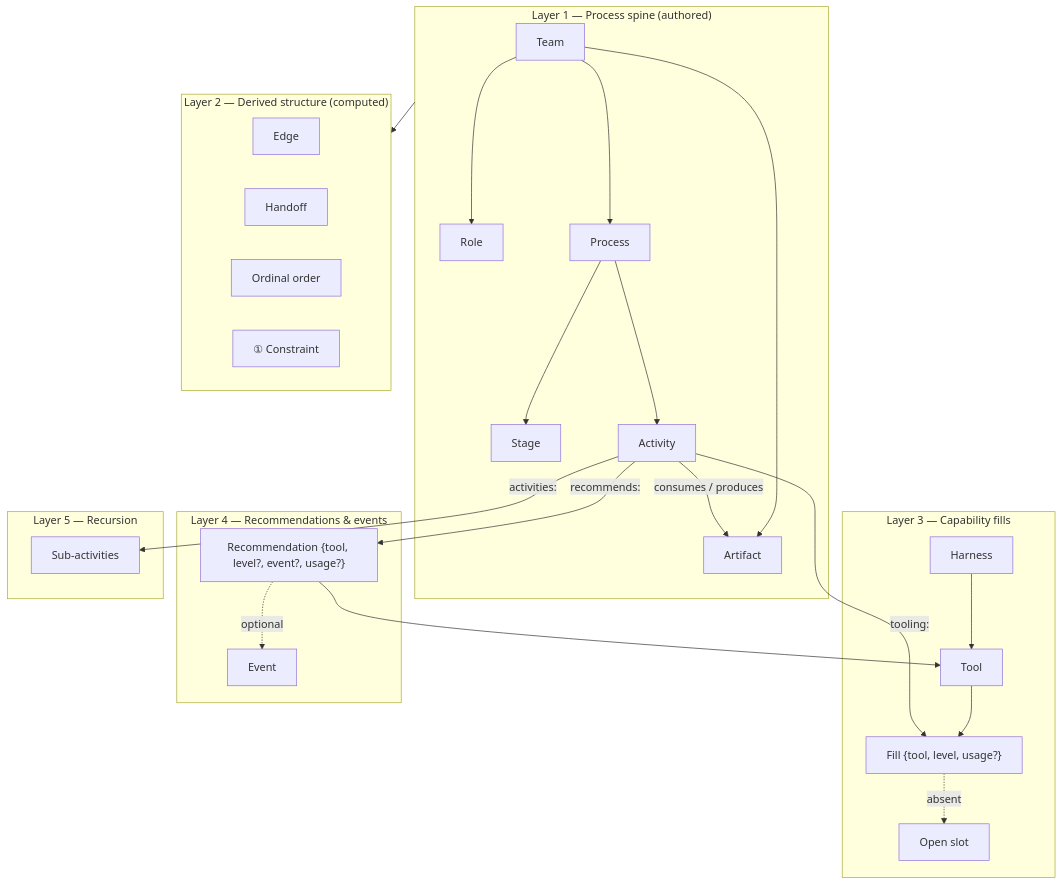
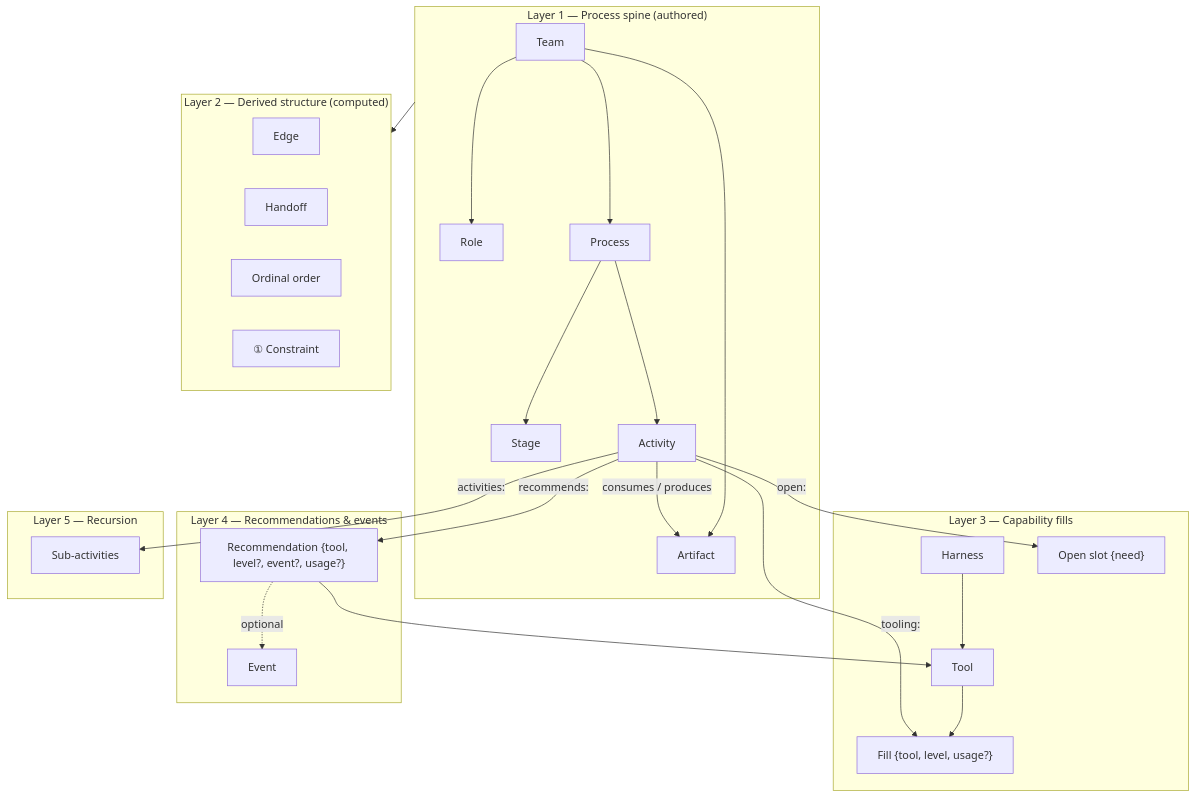
One commit to NikiforovAll/ai-sdlc changed the diagram in docs/ontology/00-overview.md. Above: the diagram before and after it, drawn with Mermaid. The commit also changed other lines of this file and 27 other files, not shown here.

````diff
--- a/docs/ontology/00-overview.md
+++ b/docs/ontology/00-overview.md
@@ -9,28 +9,29 @@
 ```mermaid
 flowchart TB
   subgraph L1["Layer 1 — Process spine (authored)"]
     Team --> Role & Artifact
     Team --> Process
     Process --> Stage & Activity
     Activity -- "consumes / produces" --> Artifact
   end
   subgraph L2["Layer 2 — Derived structure (computed)"]
     Edge & Handoff & Order["Ordinal order"] & Constraint["① Constraint"]
   end
   subgraph L3["Layer 3 — Capability fills"]
     Harness --> Tool
     Tool --> Fill["Fill {tool, level, usage?}"]
-    Fill -.->|absent| OpenSlot["Open slot"]
+    OpenSlot["Open slot {need}"]
   end
   subgraph L4["Layer 4 — Recommendations & events"]
     Recommendation["Recommendation {tool, level?, event?, usage?}"] --> Tool
     Recommendation -.->|optional| Event
   end
   subgraph L5["Layer 5 — Recursion"]
     SubActivity["Sub-activities"]
   end
   L1 --> L2
   Activity -->|"tooling:"| Fill
+  Activity -->|"open:"| OpenSlot
   Activity -->|"recommends:"| Recommendation
   Activity -->|"activities:"| SubActivity
 ```
````
